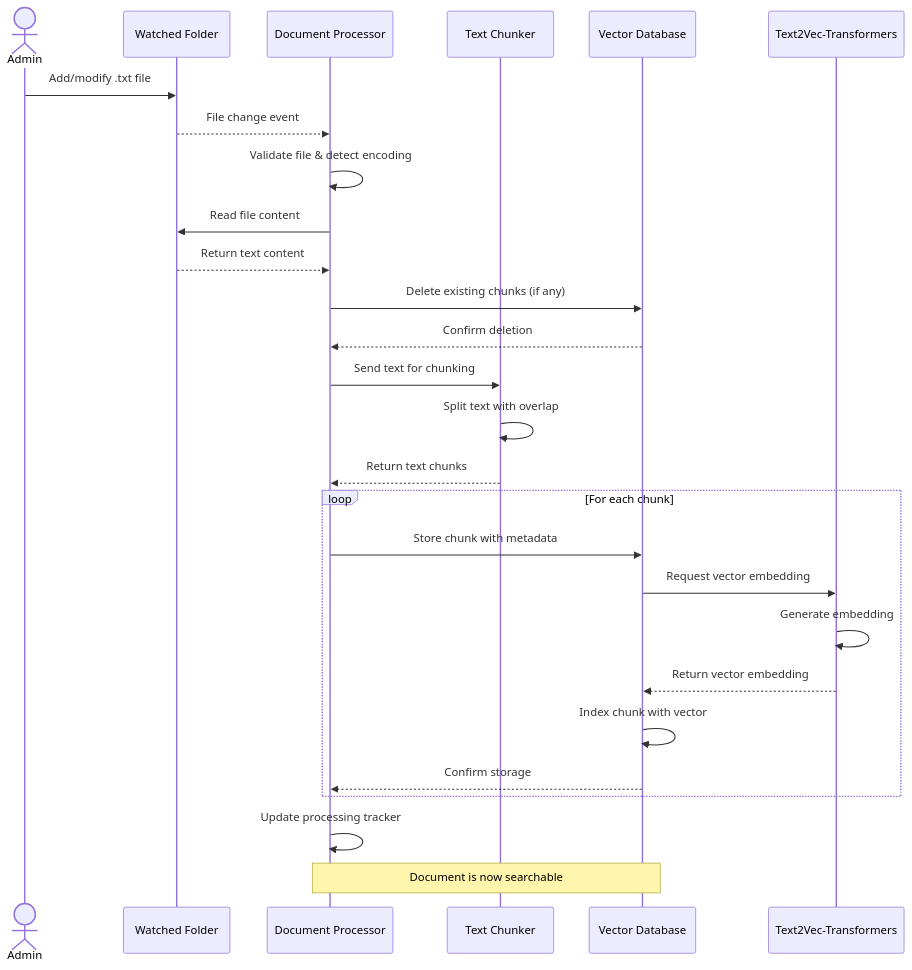
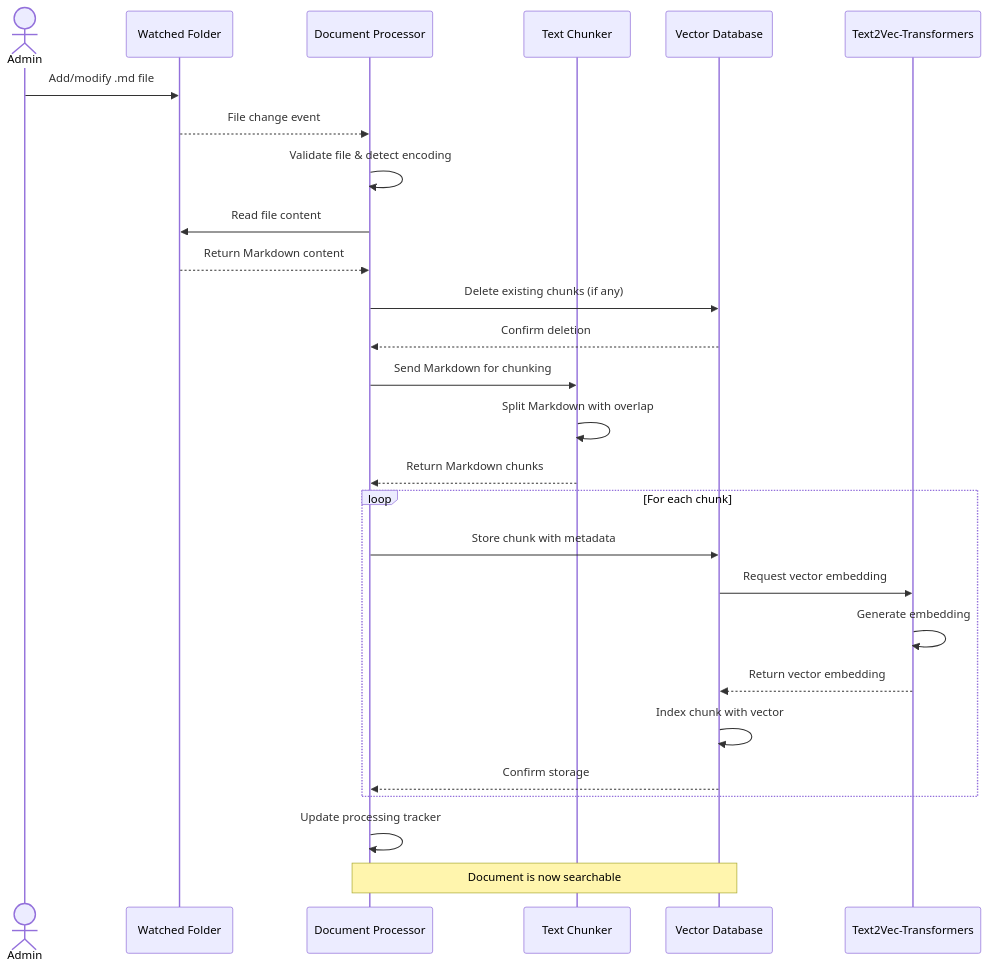
One commit to ducroq/doc_chat changed the diagram in docs/workflows/document-processing.md. Above: the diagram before and after it, drawn with Mermaid. The commit also changed other lines of this file and 2 other files, not shown here.

Commit message:
updated documentation to reflect structered markdown file processing.

````diff
--- a/docs/workflows/document-processing.md
+++ b/docs/workflows/document-processing.md
@@ -17,37 +17,37 @@
 ```mermaid
 sequenceDiagram
     actor Admin
     participant Folder as Watched Folder
     participant Processor as Document Processor
     participant Chunker as Text Chunker
     participant Weaviate as Vector Database
     participant Embedder as Text2Vec-Transformers
     
-    Admin->>Folder: Add/modify .txt file
+    Admin->>Folder: Add/modify .md file
     Folder-->>Processor: File change event
     
     Processor->>Processor: Validate file & detect encoding
     
     Processor->>Folder: Read file content
-    Folder-->>Processor: Return text content
+    Folder-->>Processor: Return Markdown content
     
     Processor->>Weaviate: Delete existing chunks (if any)
     Weaviate-->>Processor: Confirm deletion
     
-    Processor->>Chunker: Send text for chunking
-    Chunker->>Chunker: Split text with overlap
-    Chunker-->>Processor: Return text chunks
+    Processor->>Chunker: Send Markdown for chunking
+    Chunker->>Chunker: Split Markdown with overlap
+    Chunker-->>Processor: Return Markdown chunks
     
     loop For each chunk
         Processor->>Weaviate: Store chunk with metadata
         Weaviate->>Embedder: Request vector embedding
         Embedder->>Embedder: Generate embedding
         Embedder-->>Weaviate: Return vector embedding
         Weaviate->>Weaviate: Index chunk with vector
         Weaviate-->>Processor: Confirm storage
     end
     
     Processor->>Processor: Update processing tracker
     
     Note over Processor,Weaviate: Document is now searchable
 ```
````
